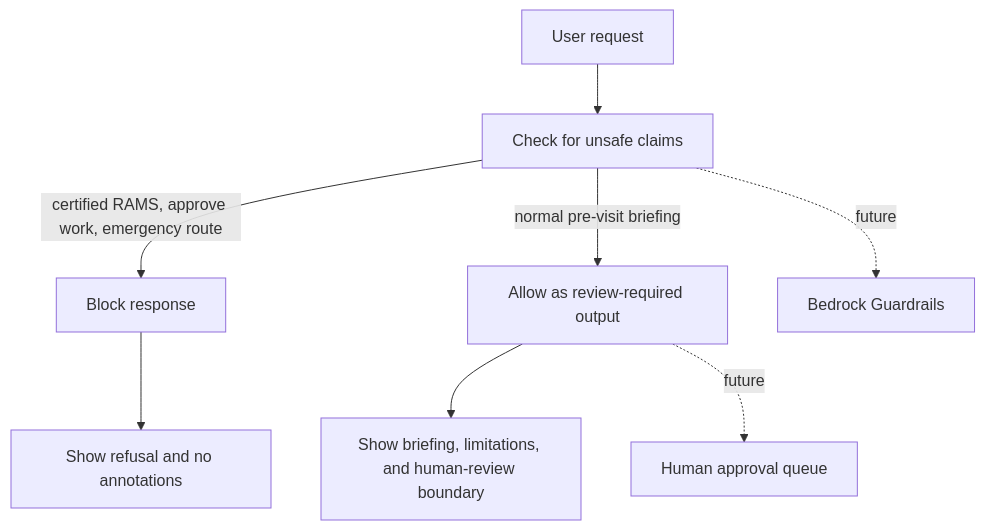
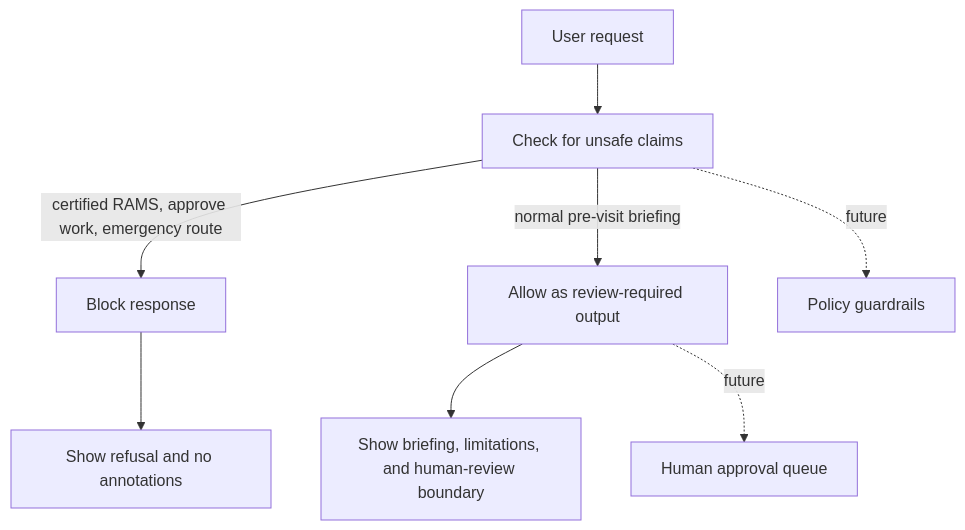
Before and after one commit to Capitano00/3D-RAMS: the eighth of 9 diagrams in docs/architecture.md, drawn with Mermaid. The commit also changed other lines of this file and 43 other files, not shown here.

````diff
--- a/docs/architecture.md
+++ b/docs/architecture.md
@@ -178,10 +178,10 @@
 ```mermaid
 flowchart TB
     Request["User request"] --> Classify["Check for unsafe claims"]
     Classify -->|"certified RAMS, approve work, emergency route"| Block["Block response"]
     Classify -->|"normal pre-visit briefing"| Review["Allow as review-required output"]
     Block --> UIBlock["Show refusal and no annotations"]
     Review --> UIReview["Show briefing, limitations, and human-review boundary"]
     Review -. "future" .-> HITL["Human approval queue"]
-    Classify -. "future" .-> Guardrails["Bedrock Guardrails"]
+    Classify -. "future" .-> Guardrails["Policy guardrails"]
 ```
````
